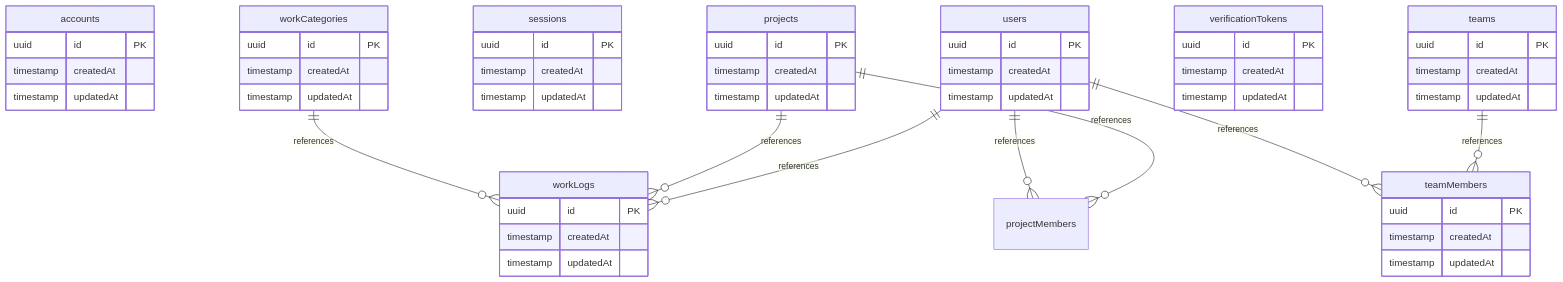
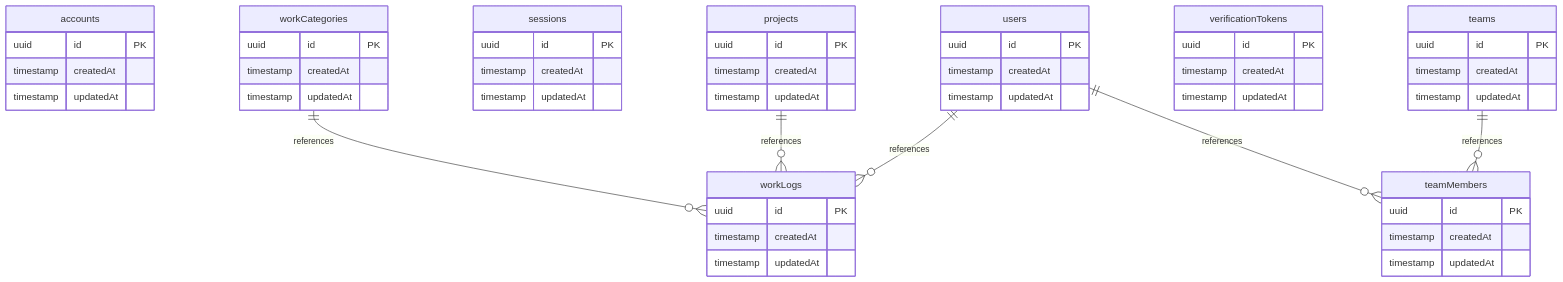
Before and after one commit to AWLL-inc/work-management: the diagram in docs/database/erd.md, drawn with Mermaid. The commit also changed 8 other files, not shown here.

````diff
--- a/docs/database/erd.md
+++ b/docs/database/erd.md
@@ -3,65 +3,63 @@
 ```mermaid
 erDiagram
 
   accounts {
     uuid id PK
     timestamp createdAt
     timestamp updatedAt
   }
 
   projects {
     uuid id PK
     timestamp createdAt
     timestamp updatedAt
   }
 
   sessions {
     uuid id PK
     timestamp createdAt
     timestamp updatedAt
   }
 
   teamMembers {
     uuid id PK
     timestamp createdAt
     timestamp updatedAt
   }
 
   teams {
     uuid id PK
     timestamp createdAt
     timestamp updatedAt
   }
 
   users {
     uuid id PK
     timestamp createdAt
     timestamp updatedAt
   }
 
   verificationTokens {
     uuid id PK
     timestamp createdAt
     timestamp updatedAt
   }
 
   workCategories {
     uuid id PK
     timestamp createdAt
     timestamp updatedAt
   }
 
   workLogs {
     uuid id PK
     timestamp createdAt
     timestamp updatedAt
   }
 
   users ||--o{ workLogs : "references"
   projects ||--o{ workLogs : "references"
   workCategories ||--o{ workLogs : "references"
   teams ||--o{ teamMembers : "references"
   users ||--o{ teamMembers : "references"
-  projects ||--o{ projectMembers : "references"
-  users ||--o{ projectMembers : "references"
 ```
````
